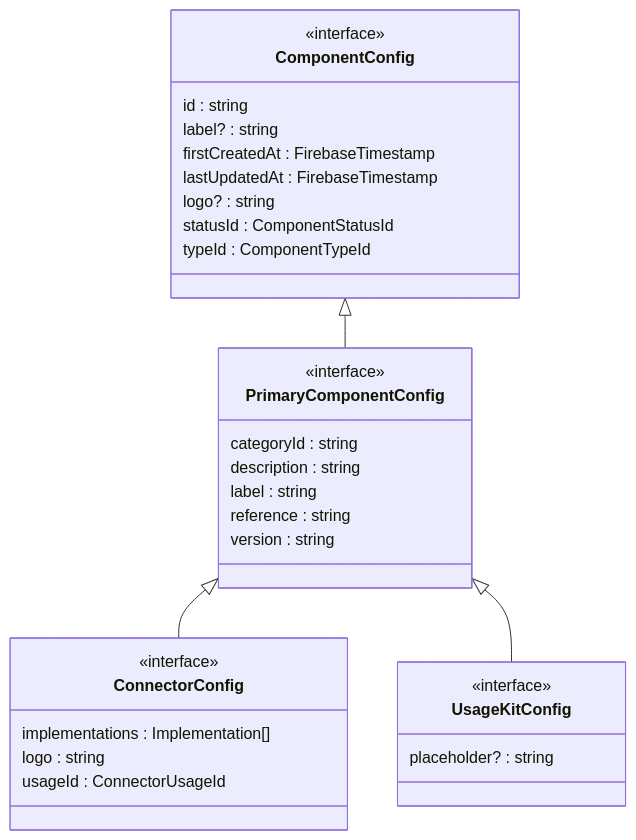
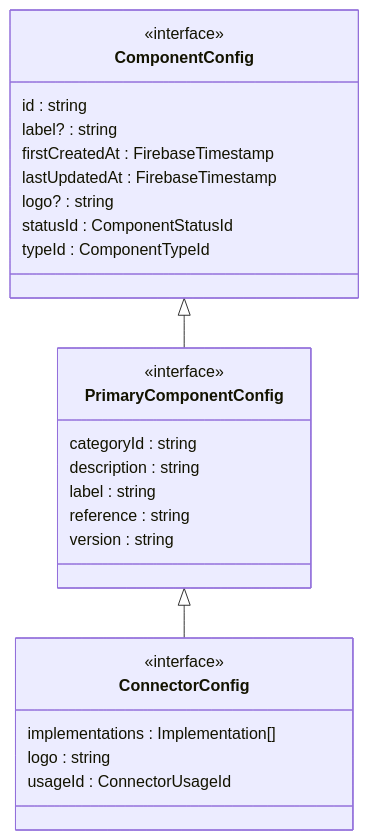
One commit to data-positioning/datapos-shared changed the second of 8 diagrams in README.md. Above: the diagram before and after it, drawn with Mermaid. The commit also changed other lines of this file and 1 other file, not shown here.

Commit message:
Release v0.0.42

````diff
--- a/README.md
+++ b/README.md
@@ -74,40 +71,36 @@
 ```mermaid
 classDiagram
     direction TB
 
-    ComponentConfig <|-- PrimaryComponentConfig
-    PrimaryComponentConfig <|-- ConnectorConfig
-    PrimaryComponentConfig <|-- UsageKitConfig
 
     class ComponentConfig {
         <<interface>>
         id :  string
         label? :  string
         firstCreatedAt :  FirebaseTimestamp
         lastUpdatedAt :  FirebaseTimestamp
         logo? :  string
         statusId :  ComponentStatusId
         typeId :  ComponentTypeId
     }
 
+    ComponentConfig <|-- PrimaryComponentConfig
+
     class PrimaryComponentConfig {
         <<interface>>
         categoryId :  string
         description :  string
         label :  string
         reference :  string
         version :  string
     }
 
+    PrimaryComponentConfig <|-- ConnectorConfig
+
     class ConnectorConfig {
         <<interface>>
         implementations :  Implementation[]
         logo :  string
         usageId :  ConnectorUsageId
     }
-
-    class UsageKitConfig {
-        <<interface>>
-        placeholder? :  string
-    }
 ```
````
